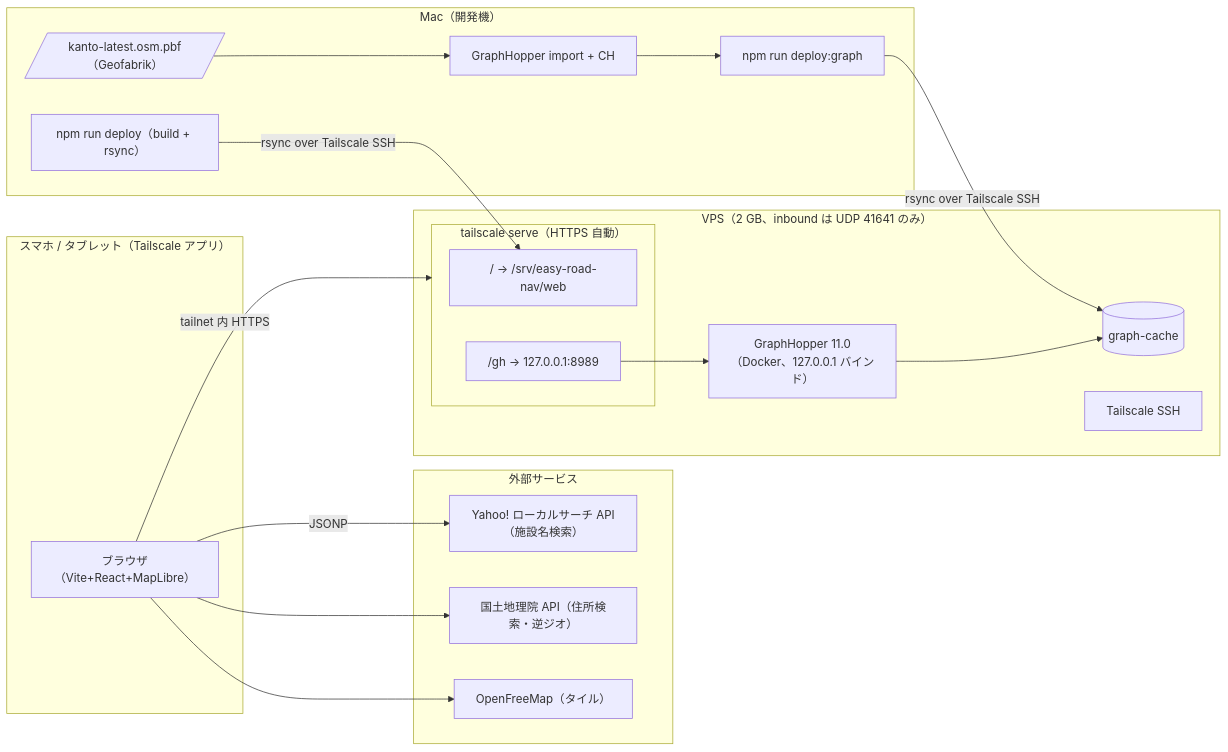
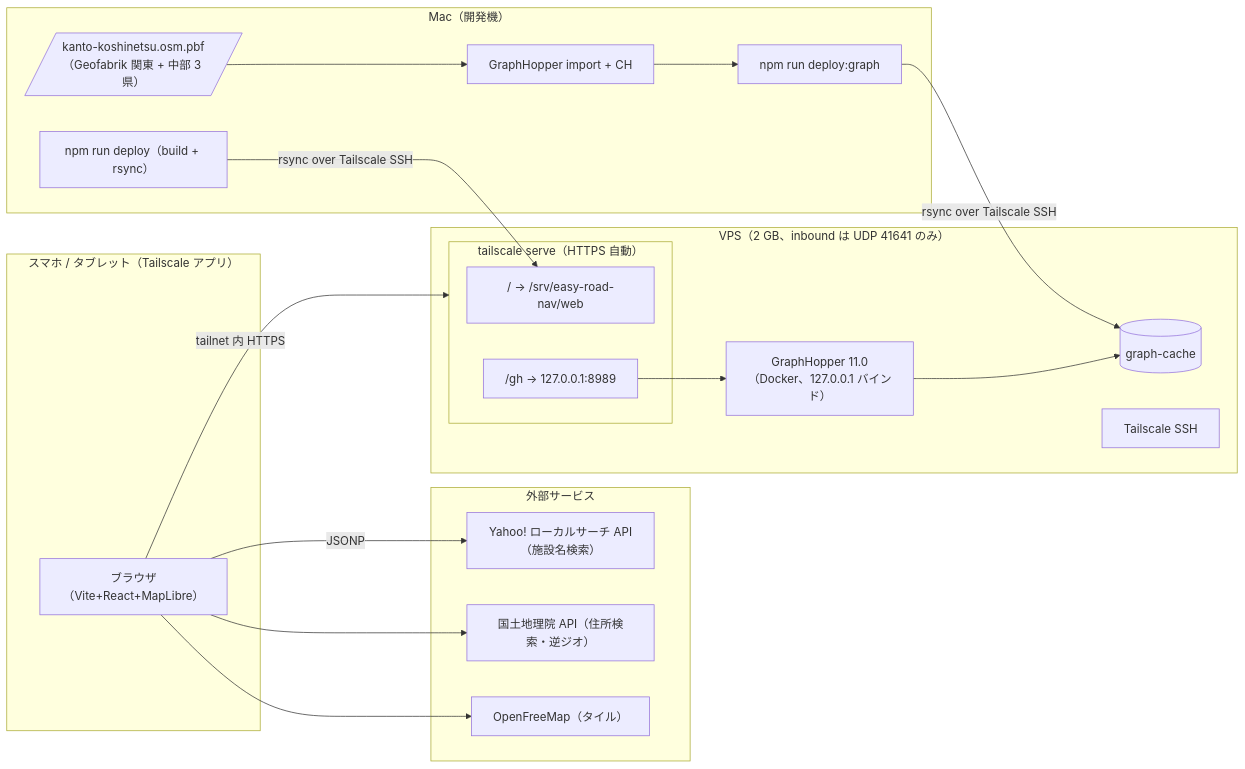
Before and after one commit to KyoheiTashiro/easy-road-nav: the diagram in docs/requirements/infrastructure.md, drawn with Mermaid. The commit also changed other lines of this file and 10 other files, not shown here.

````diff
--- a/docs/requirements/infrastructure.md
+++ b/docs/requirements/infrastructure.md
@@ -14,38 +14,38 @@
 ```mermaid
 flowchart LR
     subgraph CLIENT["スマホ / タブレット（Tailscale アプリ）"]
         BR["ブラウザ（Vite+React+MapLibre）"]
     end
 
     subgraph EXT["外部サービス"]
         OFM["OpenFreeMap（タイル）"]
         GSI["国土地理院 API（住所検索・逆ジオ）"]
         YJ["Yahoo! ローカルサーチ API（施設名検索）"]
     end
 
     subgraph VPS["VPS（2 GB、inbound は UDP 41641 のみ）"]
         subgraph TS["tailscale serve（HTTPS 自動）"]
             FS["/ → /srv/easy-road-nav/web"]
             RP["/gh → 127.0.0.1:8989"]
         end
         GH["GraphHopper 11.0（Docker、127.0.0.1 バインド）"]
         CACHE[("graph-cache")]
         SSH["Tailscale SSH"]
     end
 
     subgraph MAC["Mac（開発機）"]
-        PBF[/"kanto-latest.osm.pbf（Geofabrik）"/]
+        PBF[/"kanto-koshinetsu.osm.pbf（Geofabrik 関東 + 中部 3 県）"/]
         IMP["GraphHopper import + CH"]
         DEP["npm run deploy（build + rsync）"]
         DEPG["npm run deploy:graph"]
     end
 
     BR --> OFM
     BR --> GSI
     BR -->|JSONP| YJ
     BR -->|tailnet 内 HTTPS| TS
     RP --> GH --> CACHE
 
     DEP -->|rsync over Tailscale SSH| FS
     PBF --> IMP --> DEPG -->|rsync over Tailscale SSH| CACHE
 ```
````
